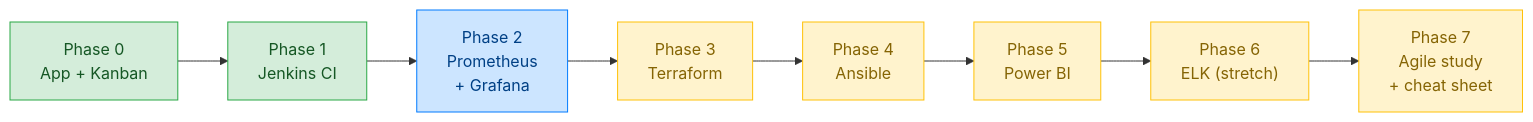
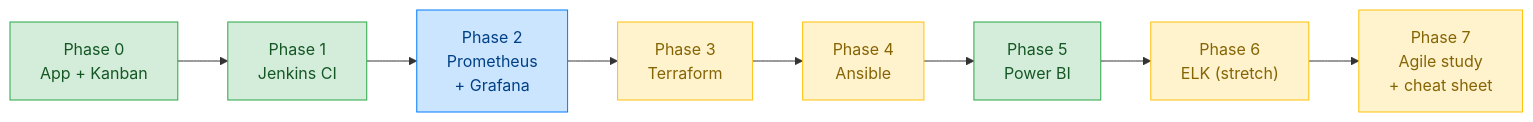
One commit to emmanuel197/devops-analytics-demo changed the diagram in wiki/diagrams/roadmap.mmd. Above: the diagram before and after it, drawn with Mermaid. The commit also changed 15 other files, not shown here.

Commit message:
Phase 5 complete: Power BI dashboard (.pbix) + wiki/diagrams/cheatsheet

```diff
--- a/wiki/diagrams/roadmap.mmd
+++ b/wiki/diagrams/roadmap.mmd
@@ -1,15 +1,15 @@
 flowchart LR
     P0["Phase 0<br/>App + Kanban"] --> P1["Phase 1<br/>Jenkins CI"]
     P1 --> P2["Phase 2<br/>Prometheus<br/>+ Grafana"]
     P2 --> P3["Phase 3<br/>Terraform"]
     P3 --> P4["Phase 4<br/>Ansible"]
     P4 --> P5["Phase 5<br/>Power BI"]
     P5 --> P6["Phase 6<br/>ELK (stretch)"]
     P6 --> P7["Phase 7<br/>Agile study<br/>+ cheat sheet"]
 
     classDef done fill:#d4edda,stroke:#28a745,color:#155724;
     classDef active fill:#cce5ff,stroke:#007bff,color:#004085;
     classDef todo fill:#fff3cd,stroke:#ffc107,color:#856404;
-    class P0,P1 done;
+    class P0,P1,P5 done;
     class P2 active;
-    class P3,P4,P5,P6,P7 todo;
+    class P3,P4,P6,P7 todo;
```
